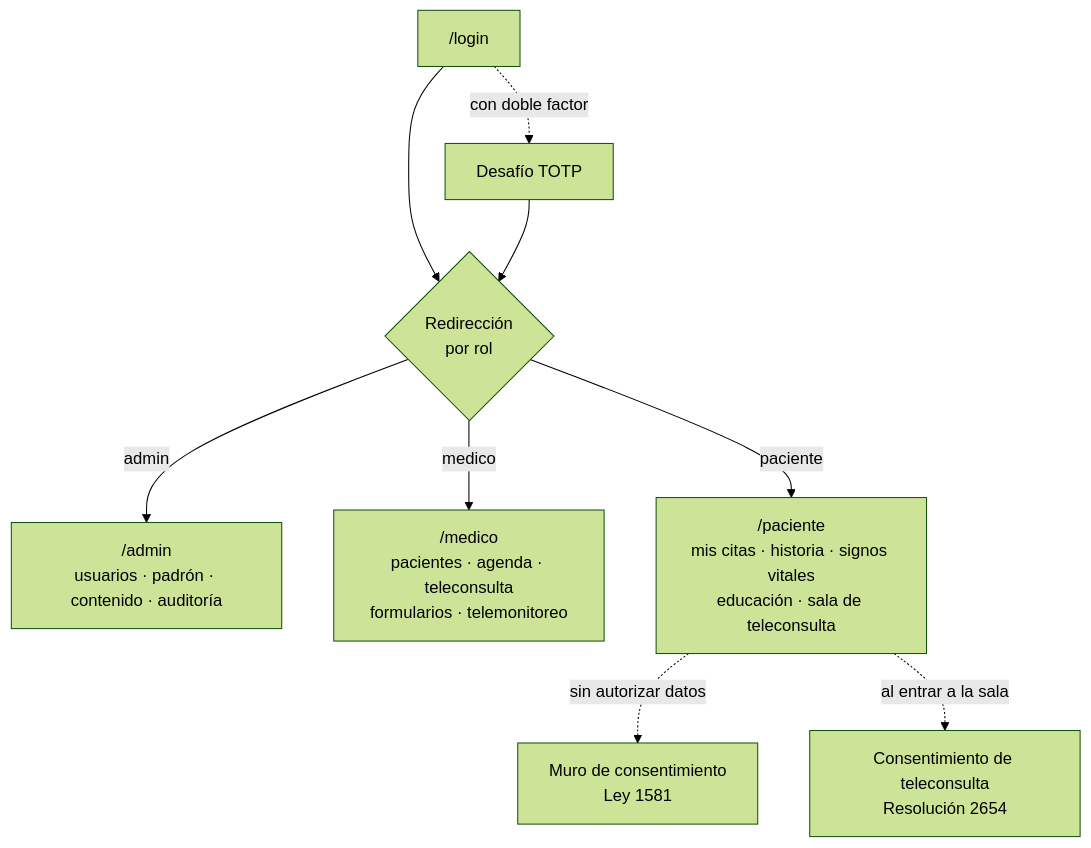
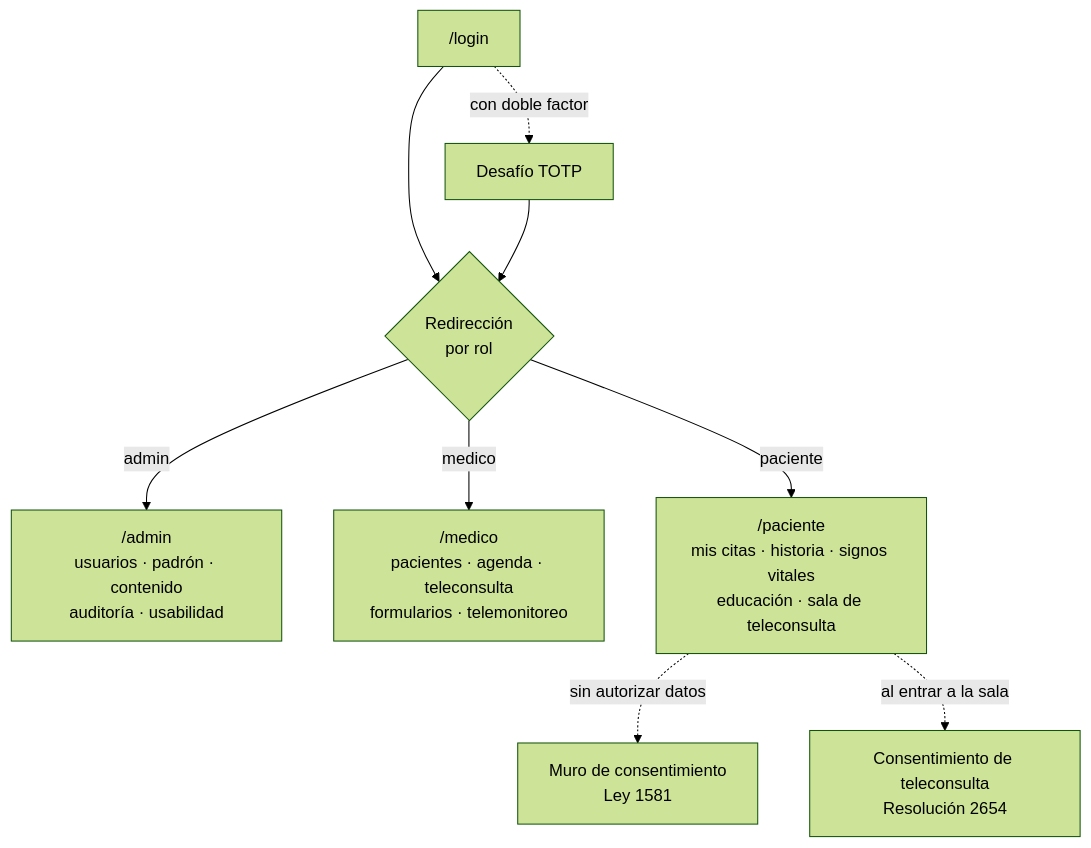
One commit to Bello2005/nefrChoco-project changed the first of 6 diagrams in docs/arquitectura.md. Above: the diagram before and after it, drawn with Mermaid (forest theme). The commit also changed other lines of this file and 9 other files, not shown here.

````diff
--- a/docs/arquitectura.md
+++ b/docs/arquitectura.md
@@ -35,14 +36,14 @@
 ```mermaid
 flowchart TD
     Login["/login"] --> Dash{"Redirección<br/>por rol"}
 
-    Dash -->|admin| Admin["/admin<br/>usuarios · padrón · contenido · auditoría"]
+    Dash -->|admin| Admin["/admin<br/>usuarios · padrón · contenido<br/>auditoría · usabilidad"]
     Dash -->|medico| Medico["/medico<br/>pacientes · agenda · teleconsulta<br/>formularios · telemonitoreo"]
     Dash -->|paciente| Pac["/paciente<br/>mis citas · historia · signos vitales<br/>educación · sala de teleconsulta"]
 
     Pac -.->|sin autorizar datos| Consent["Muro de consentimiento<br/>Ley 1581"]
     Pac -.->|al entrar a la sala| ConsentTele["Consentimiento de teleconsulta<br/>Resolución 2654"]
 
     Login -.->|con doble factor| Reto["Desafío TOTP"]
     Reto --> Dash
 ```
````
